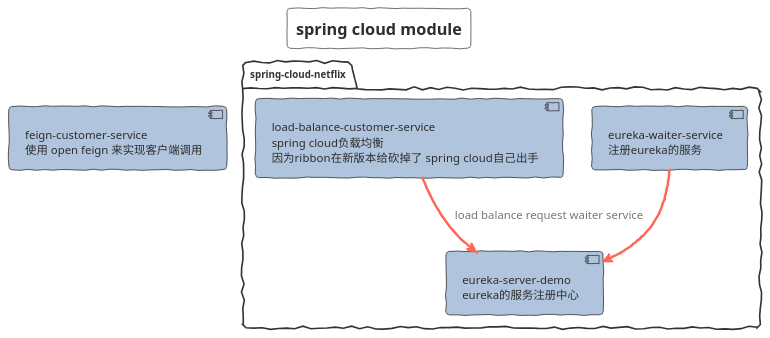
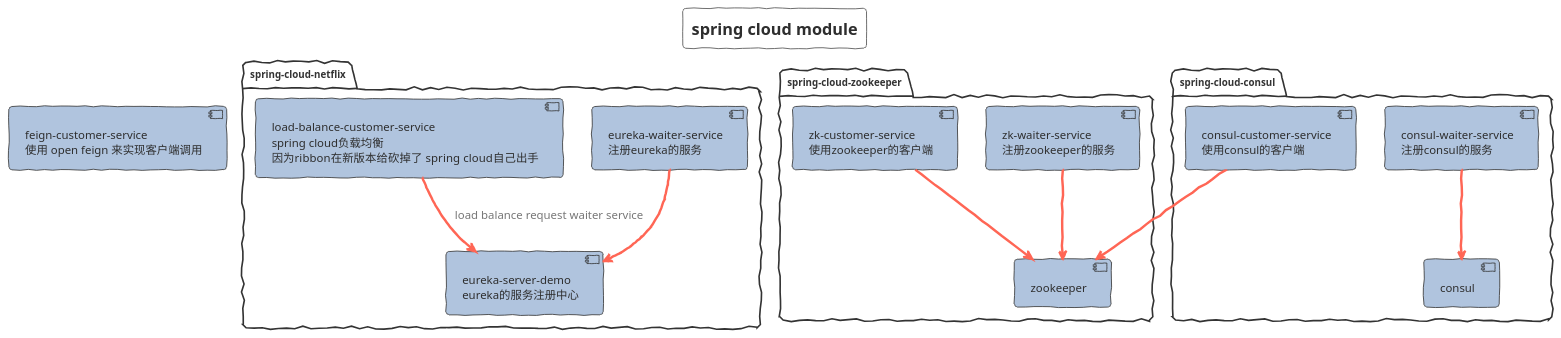
Before and after one commit to FantasybabyChange/springStudyProject: the diagram in spring-cloud-study/Module.puml, drawn with PlantUML. The commit also changed 40 other files, not shown here.

```diff
--- a/spring-cloud-study/Module.puml
+++ b/spring-cloud-study/Module.puml
@@ -1,35 +1,69 @@
 @startuml SPRING_CLOUD_STUDY_MODULE
 !theme sketchy-outline
 title spring cloud module
 skinparam interface {
 }
 skinparam component {
    backgroundColor LightSteelBlue
    FontSize 14
    ArrowFontSize 14
    ArrowFontColor #777777
    ArrowColor #FF6655
 }
 package "spring-cloud-netflix"{
    component esd[
    eureka-server-demo
    eureka的服务注册中心
    ]
 
    component ews[
    eureka-waiter-service
    注册eureka的服务
    ]
    component lbcs[
    load-balance-customer-service
    spring cloud负载均衡
    因为ribbon在新版本给砍掉了  spring cloud自己出手
    ]
    ews --> esd
    lbcs --> esd:load balance request waiter service
 }
 component fcs[
    feign-customer-service
    使用 open feign 来实现客户端调用
 ]
+
+package "spring-cloud-zookeeper"{
+   component zk[
+   zookeeper
+   ]
+   component zws[
+   zk-waiter-service
+   注册zookeeper的服务
+   ]
+
+   component zcs[
+   zk-customer-service
+   使用zookeeper的客户端
+   ]
+   zws --> zk
+   zcs --> zk
+}
+
+package "spring-cloud-consul"{
+   component cs[
+   consul
+   ]
+   component cws[
+   consul-waiter-service
+   注册consul的服务
+   ]
+
+   component ccs[
+   consul-customer-service
+   使用consul的客户端
+   ]
+   cws --> cs
+   ccs --> zk
+}
 @enduml
```
